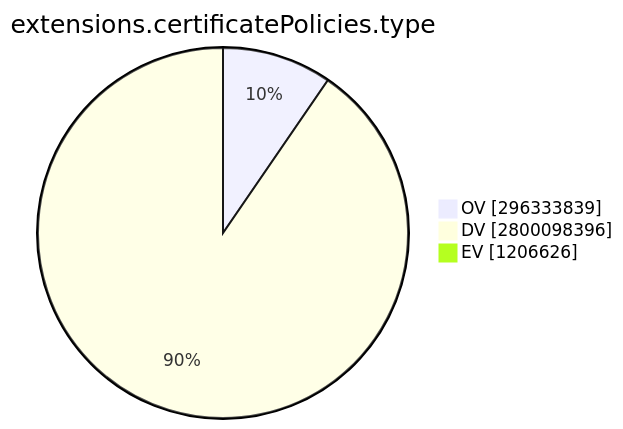
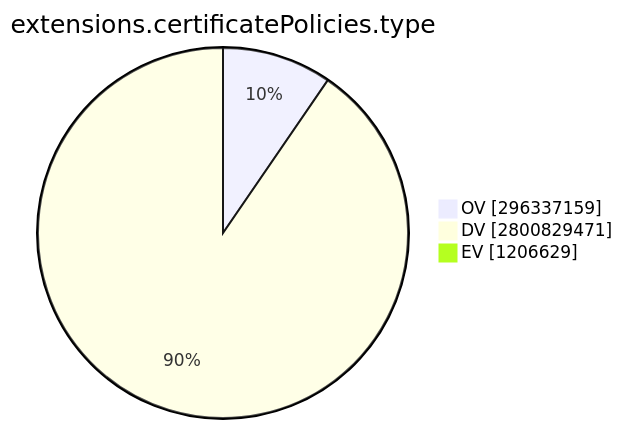
Before and after one commit to christiankrug/ctmonitor_visualization: the ninth of 15 diagrams in TOTAL/README.md, drawn with Mermaid. The commit also changed other lines of this file, not shown here.

````diff
--- a/TOTAL/README.md
+++ b/TOTAL/README.md
@@ -3099,7 +3099,7 @@
 ```mermaid
 pie showData
 title extensions.certificatePolicies.type
-"OV" :296333839
-"DV" :2800098396
-"EV" :1206626
+"OV" :296337159
+"DV" :2800829471
+"EV" :1206629
 ```
````
